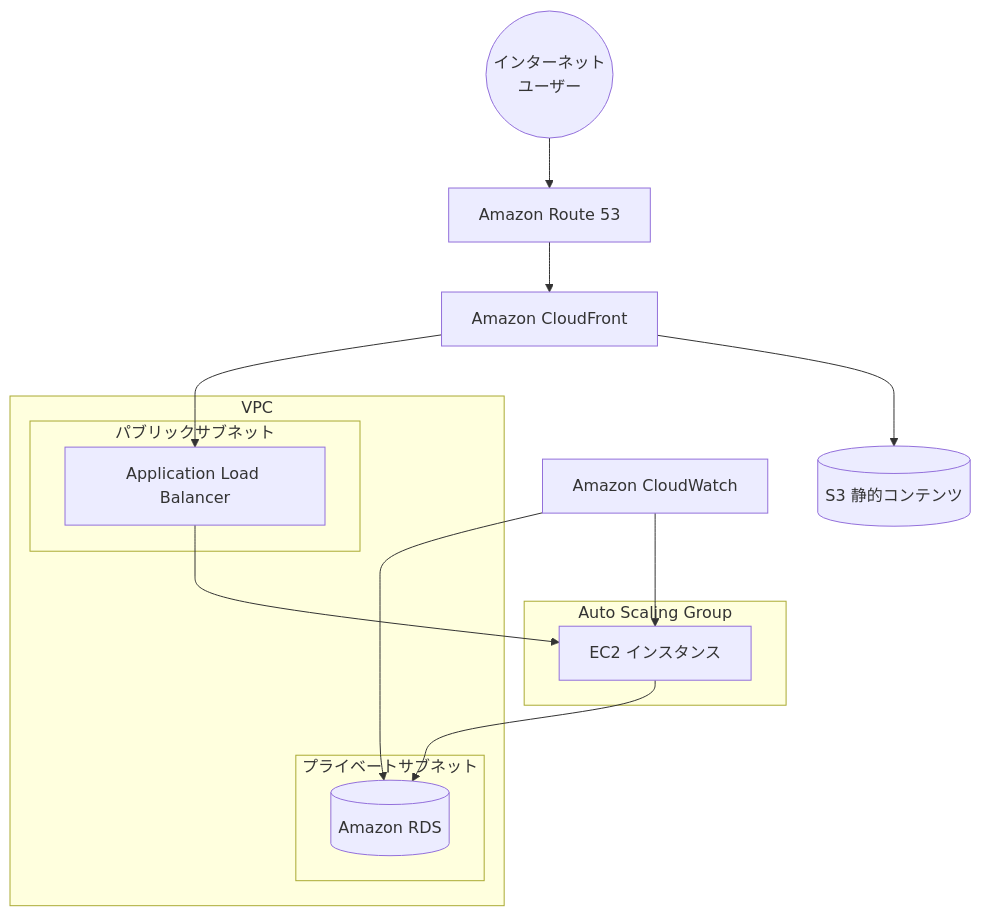
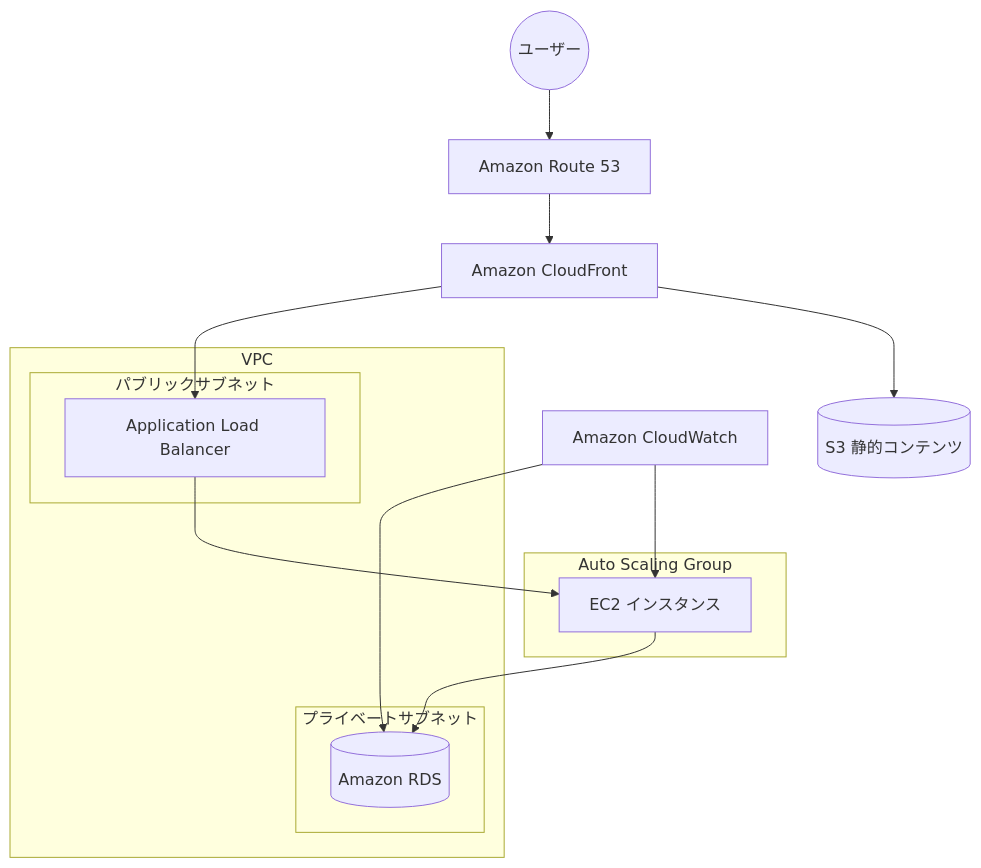
Before and after one commit to nag0yan/amazonq-test2: the diagram in README.md, drawn with Mermaid. The commit also changed other lines of this file and 1 other file, not shown here.

````diff
--- a/README.md
+++ b/README.md
@@ -8,40 +10,40 @@
 ```mermaid
 graph TD
     %% 外部ユーザー
-    User((インターネット\nユーザー)) --> Route53
+    User((ユーザー)) --> Route53
     
     %% DNS & CDN
     Route53[Amazon Route 53] --> CloudFront
     CloudFront[Amazon CloudFront] --> ALB
     CloudFront --> S3Static
     
     %% ロードバランサー
     ALB[Application Load Balancer] --> ASG
     
     %% EC2インスタンス
     subgraph "Auto Scaling Group"
         ASG[EC2 インスタンス]
     end
     
     %% データベース
     ASG --> RDS[(Amazon RDS)]
     
     %% 静的コンテンツ
     S3Static[(S3 静的コンテンツ)]
     
     %% VPC設定
     subgraph "VPC"
         subgraph "パブリックサブネット"
             ALB
         end
         
         subgraph "プライベートサブネット"
             ASG
             RDS
         end
     end
     
     %% モニタリング
     CloudWatch[Amazon CloudWatch] --> ASG
     CloudWatch --> RDS
 ```
````
